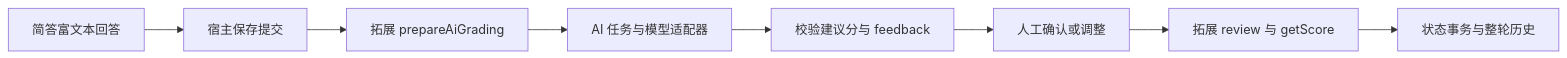
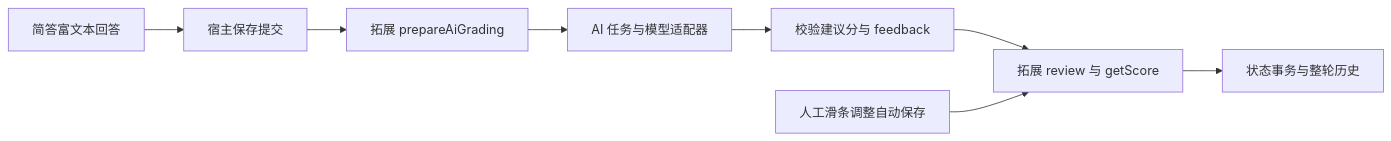
Before and after one commit to lear111/quizforge_web: the diagram in core/docs/CORE_SOURCE.md, drawn with Mermaid. The commit also changed other lines of this file and 369 other files, not shown here.

````diff
--- a/core/docs/CORE_SOURCE.md
+++ b/core/docs/CORE_SOURCE.md
@@ -24,10 +29,10 @@
 ```mermaid
 flowchart LR
   A[简答富文本回答] --> B[宿主保存提交]
   B --> C[拓展 prepareAiGrading]
   C --> D[AI 任务与模型适配器]
   D --> E[校验建议分与 feedback]
-  E --> F[人工确认或调整]
-  F --> G[拓展 review 与 getScore]
+  E --> G[拓展 review 与 getScore]
+  F[人工滑条调整自动保存] --> G
   G --> H[状态事务与整轮历史]
 ```
````
